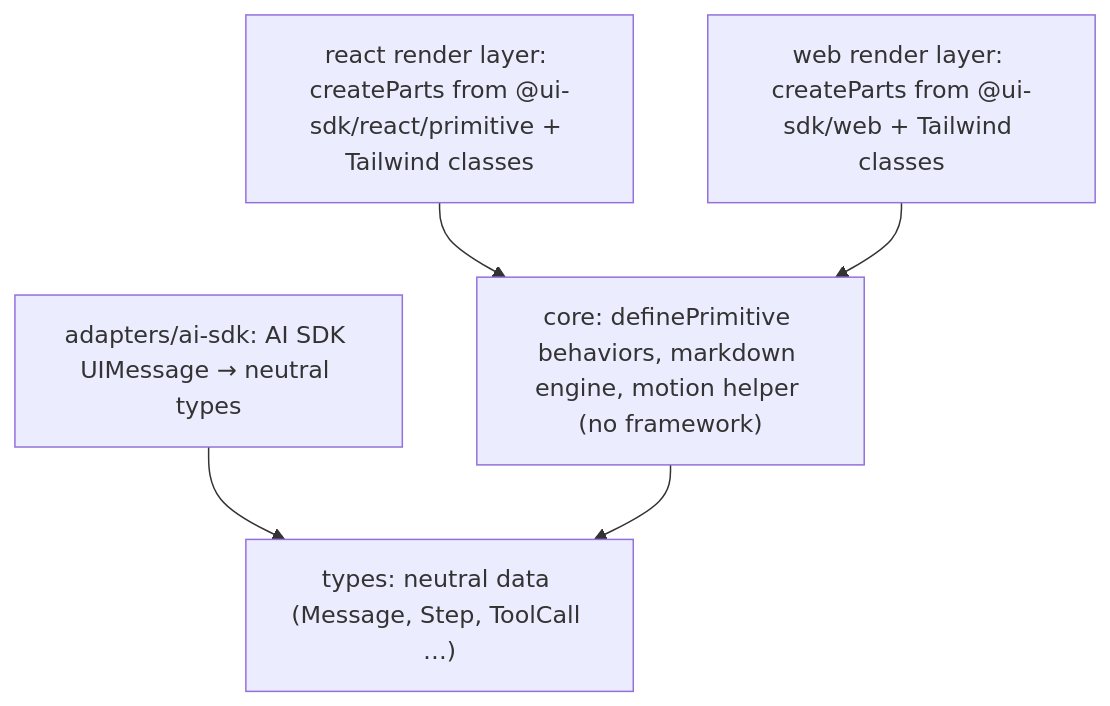
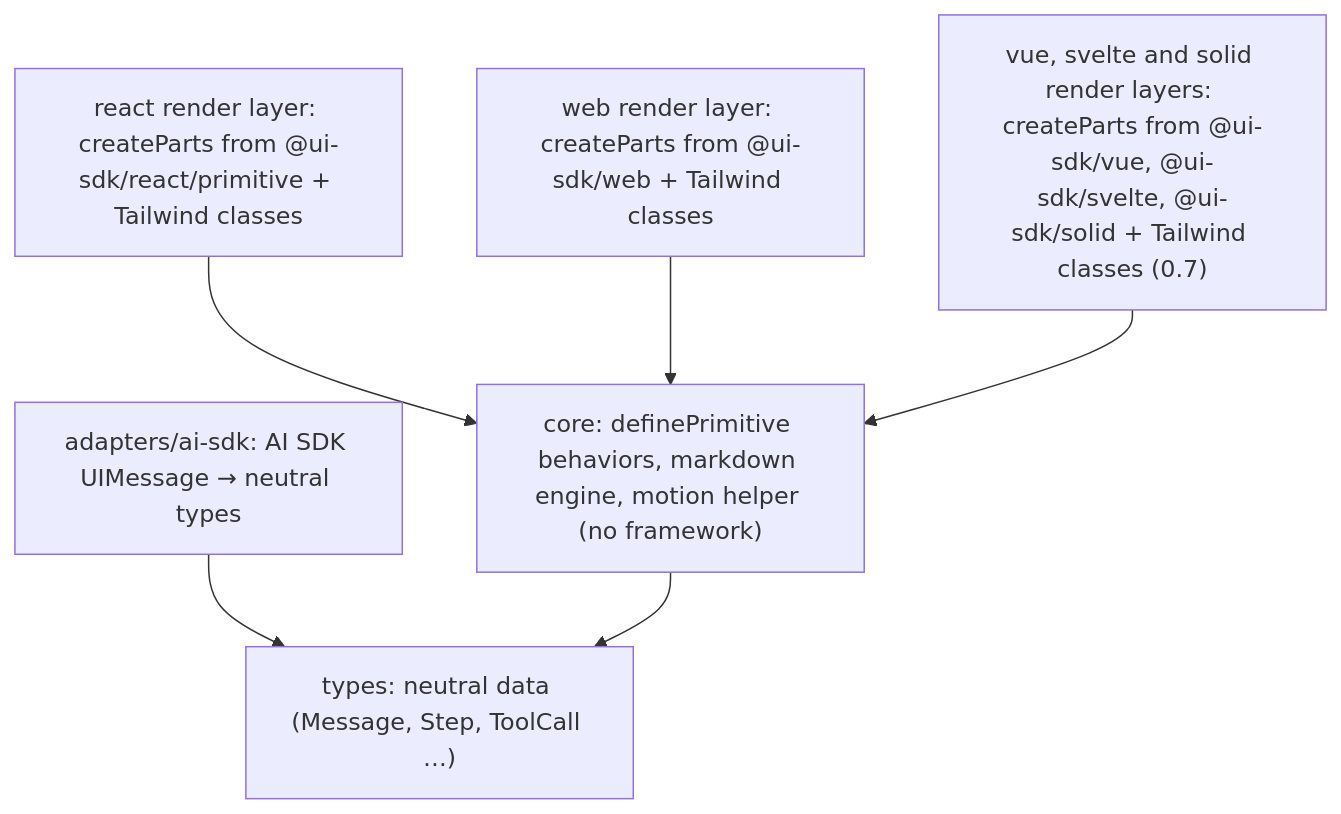
One commit to kind-ui/agent-ui changed the diagram in docs/superpowers/specs/2026-11-14-agent-ui-design.md. Above: the diagram before and after it, drawn with Mermaid. The commit also changed other lines of this file and 43 other files, not shown here.

First line of the commit message:
docs: plan the Vue, Svelte and Solid framework layers

````diff
--- a/docs/superpowers/specs/2026-11-14-agent-ui-design.md
+++ b/docs/superpowers/specs/2026-11-14-agent-ui-design.md
@@ -35,12 +35,14 @@
 ```mermaid
 flowchart TD
   T["types: neutral data (Message, Step, ToolCall …)"]
   A["adapters/ai-sdk: AI SDK UIMessage → neutral types"]
   C["core: definePrimitive behaviors, markdown engine, motion helper (no framework)"]
   R["react render layer: createParts from @ui-sdk/react/primitive + Tailwind classes"]
   W["web render layer: createParts from @ui-sdk/web + Tailwind classes"]
+  F["vue, svelte and solid render layers: createParts from @ui-sdk/vue, @ui-sdk/svelte, @ui-sdk/solid + Tailwind classes (0.7)"]
   A --> T
   C --> T
   R --> C
   W --> C
+  F --> C
 ```
````
